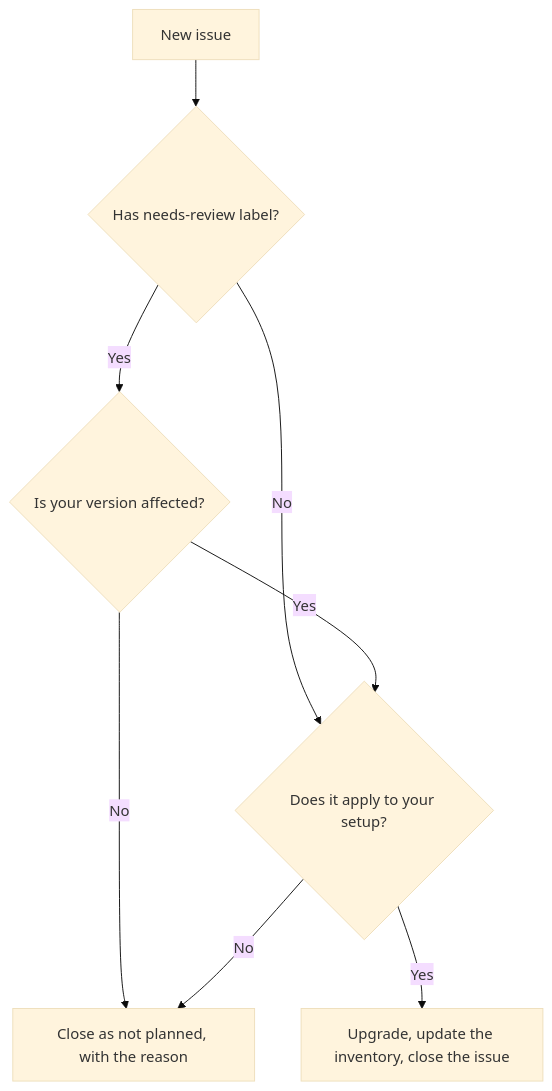
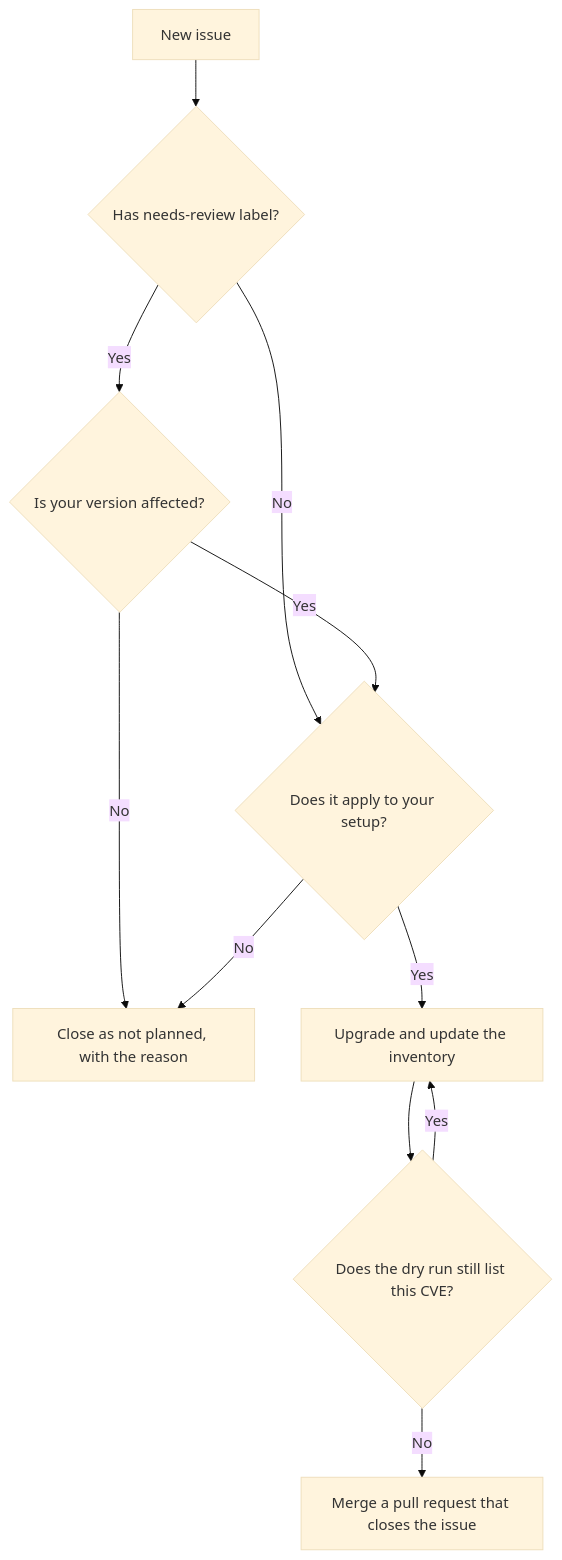
Before and after one commit to iamunnip/infra-vuln-watch: the diagram in docs/how-to/handle-an-issue.md, drawn with Mermaid (base theme). The commit also changed other lines of this file and 24 other files, not shown here.

````diff
--- a/docs/how-to/handle-an-issue.md
+++ b/docs/how-to/handle-an-issue.md
@@ -3,10 +3,13 @@
 ```mermaid
 flowchart TD
     open[New issue] --> review{Has needs-review label?}
     review -->|Yes| confirm{Is your version affected?}
     review -->|No| applies{Does it apply to your setup?}
     confirm -->|Yes| applies
     confirm -->|No| close[Close as not planned, with the reason]
     applies -->|No| close
-    applies -->|Yes| upgrade[Upgrade, update the inventory, close the issue]
+    applies -->|Yes| upgrade[Upgrade and update the inventory]
+    upgrade --> verify{Does the dry run still list this CVE?}
+    verify -->|Yes| upgrade
+    verify -->|No| pr[Merge a pull request that closes the issue]
 ```
````
